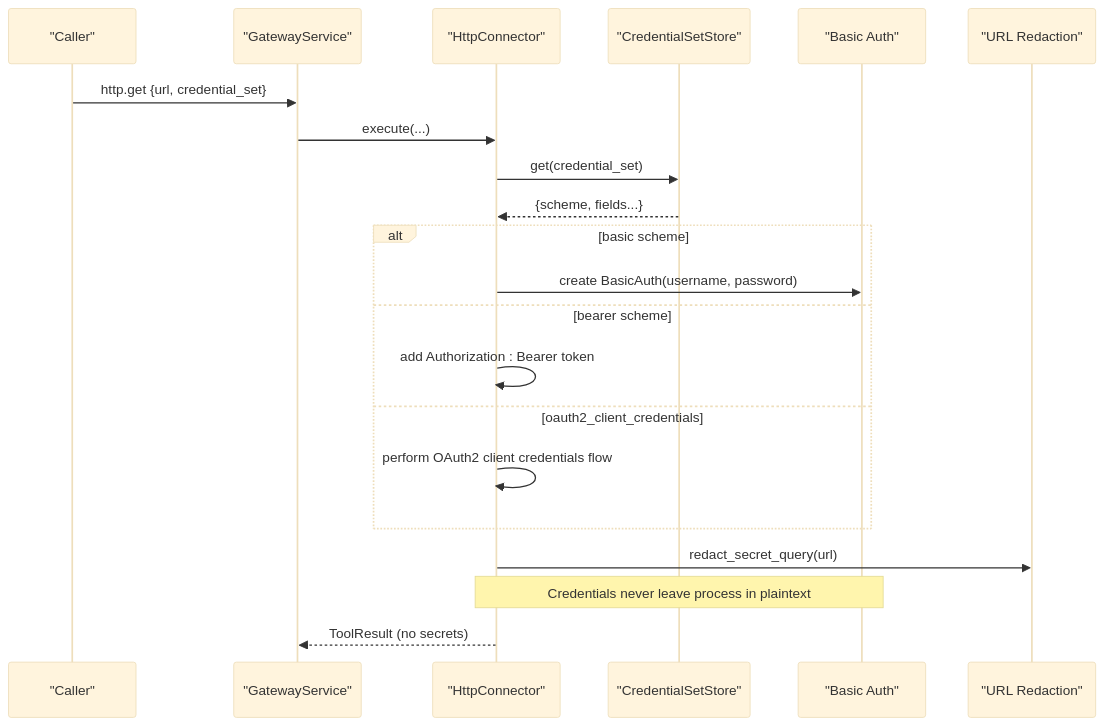
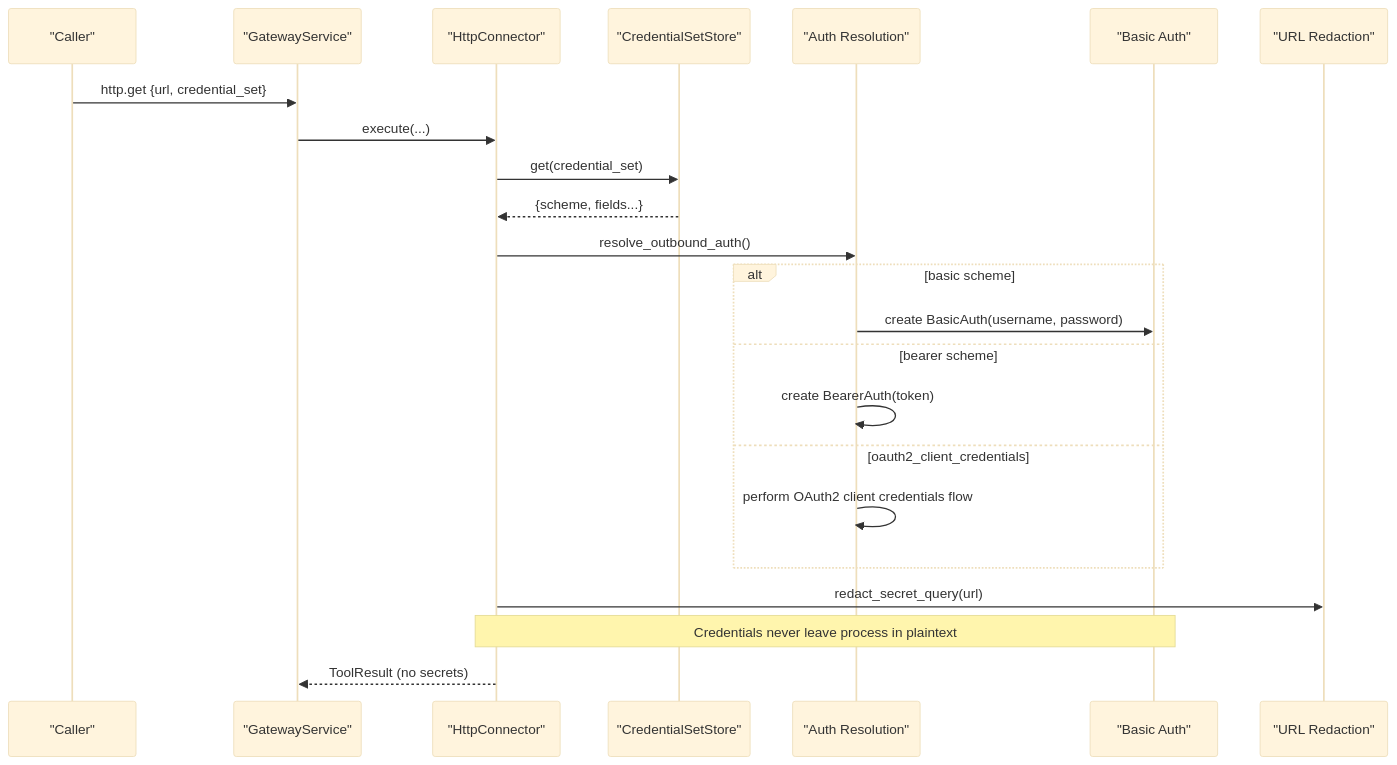
The sixth of 13 diagrams in .qoder/repowiki/en/content/Core Services/Tool Gateway/Credential Management and Security.md (alainlei/luban-aiops), drawn with Mermaid (base theme) before and after one commit. The commit also changed other lines of this file and 93 other files, not shown here.

````diff
--- a/.qoder/repowiki/en/content/Core Services/Tool Gateway/Credential Management and Security.md
+++ b/.qoder/repowiki/en/content/Core Services/Tool Gateway/Credential Management and Security.md
@@ -254,23 +382,25 @@
 ```mermaid
 sequenceDiagram
 participant Caller as "Caller"
 participant GW as "GatewayService"
 participant HC as "HttpConnector"
 participant CS as "CredentialSetStore"
+participant AR as "Auth Resolution"
 participant BA as "Basic Auth"
 participant UR as "URL Redaction"
 Caller->>GW : http.get {url, credential_set}
 GW->>HC : execute(...)
 HC->>CS : get(credential_set)
 CS-->>HC : {scheme, fields...}
+HC->>AR : resolve_outbound_auth()
 alt basic scheme
-HC->>BA : create BasicAuth(username, password)
+AR->>BA : create BasicAuth(username, password)
 else bearer scheme
-HC->>HC : add Authorization : Bearer token
+AR->>AR : create BearerAuth(token)
 else oauth2_client_credentials
-HC->>HC : perform OAuth2 client credentials flow
+AR->>AR : perform OAuth2 client credentials flow
 end
 HC->>UR : redact_secret_query(url)
 Note over HC,BA : Credentials never leave process in plaintext
 HC-->>GW : ToolResult (no secrets)
 ```
````
